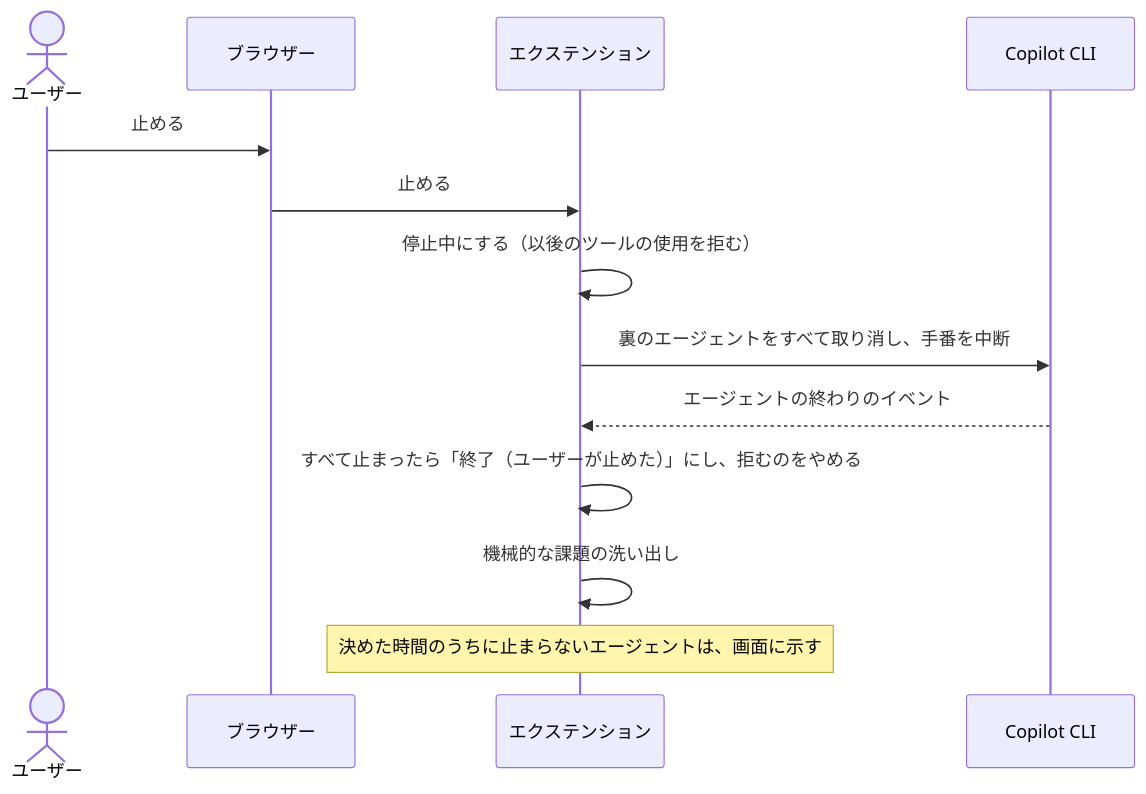
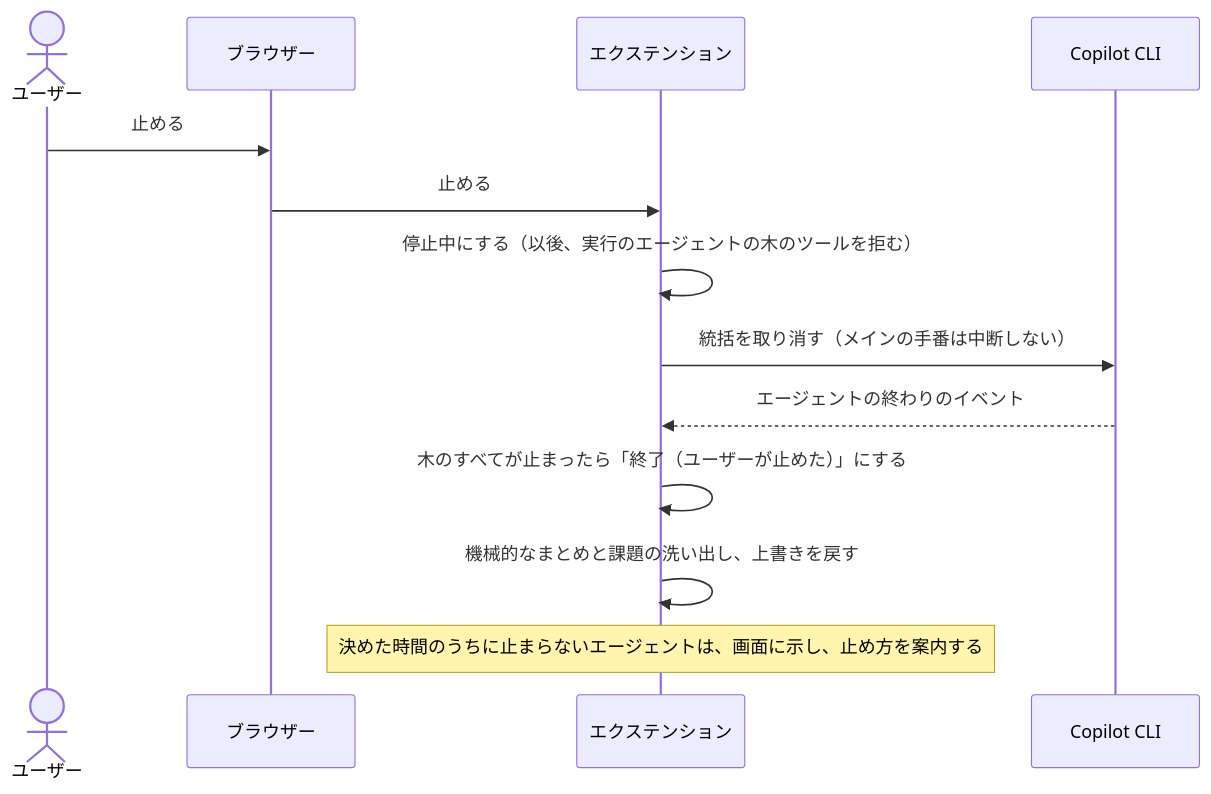
One commit to imaeda-hub/plugin-creater changed the third of 4 diagrams in docs/design/generated-plugin-structure.md. Above: the diagram before and after it, drawn with Mermaid. The commit also changed other lines of this file and 2 other files, not shown here.

````diff
--- a/docs/design/generated-plugin-structure.md
+++ b/docs/design/generated-plugin-structure.md
@@ -312,16 +367,16 @@
 ```mermaid
 sequenceDiagram
   actor U as ユーザー
   participant B as ブラウザー
   participant E as エクステンション
   participant C as Copilot CLI
 
   U->>B: 止める
   B->>E: 止める
-  E->>E: 停止中にする（以後のツールの使用を拒む）
-  E->>C: 裏のエージェントをすべて取り消し、手番を中断
+  E->>E: 停止中にする（以後、実行のエージェントの木のツールを拒む）
+  E->>C: 統括を取り消す（メインの手番は中断しない）
   C-->>E: エージェントの終わりのイベント
-  E->>E: すべて止まったら「終了（ユーザーが止めた）」にし、拒むのをやめる
-  E->>E: 機械的な課題の洗い出し
-  Note over E: 決めた時間のうちに止まらないエージェントは、画面に示す
+  E->>E: 木のすべてが止まったら「終了（ユーザーが止めた）」にする
+  E->>E: 機械的なまとめと課題の洗い出し、上書きを戻す
+  Note over E: 決めた時間のうちに止まらないエージェントは、画面に示し、止め方を案内する
 ```
````
